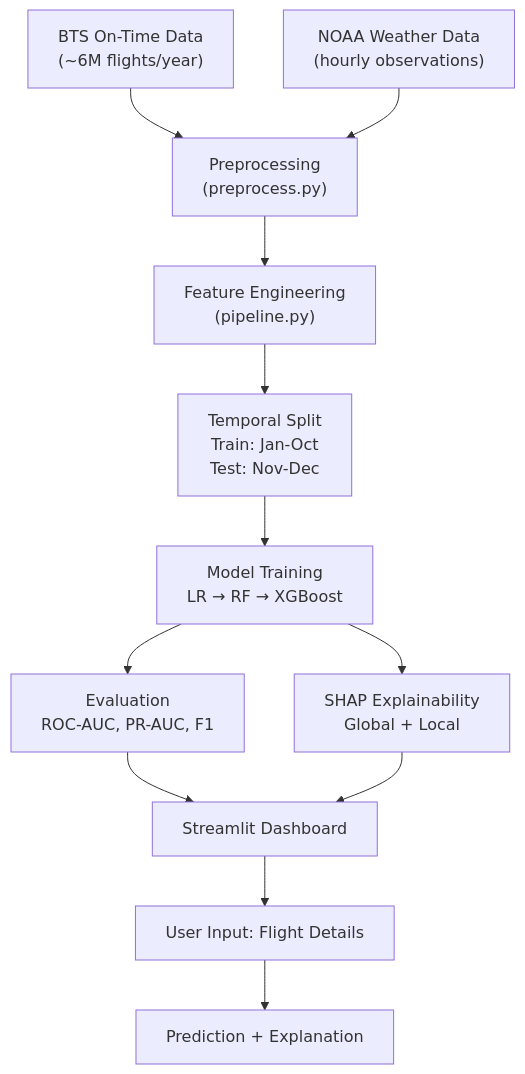
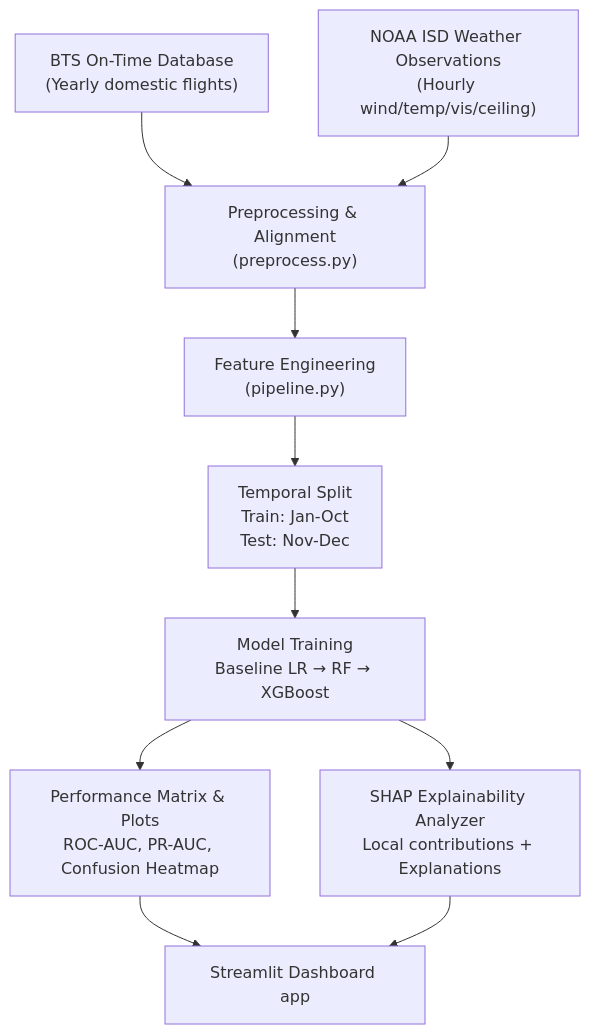
The diagram in README.md (Hajorda/flight-delay-predictor), drawn with Mermaid before and after one commit. The commit also changed other lines of this file, not shown here.

Commit message:
Update README with comprehensive real BTS and NOAA weather data guides

````diff
--- a/README.md
+++ b/README.md
@@ -15,14 +20,12 @@
 ```mermaid
 graph TD
-    A["BTS On-Time Data<br/>(~6M flights/year)"] --> C["Preprocessing<br/>(preprocess.py)"]
-    B["NOAA Weather Data<br/>(hourly observations)"] --> C
+    A["BTS On-Time Database<br/>(Yearly domestic flights)"] --> C["Preprocessing & Alignment<br/>(preprocess.py)"]
+    B["NOAA ISD Weather Observations<br/>(Hourly wind/temp/vis/ceiling)"] --> C
     C --> D["Feature Engineering<br/>(pipeline.py)"]
     D --> E["Temporal Split<br/>Train: Jan-Oct<br/>Test: Nov-Dec"]
-    E --> F["Model Training<br/>LR → RF → XGBoost"]
-    F --> G["Evaluation<br/>ROC-AUC, PR-AUC, F1"]
-    F --> H["SHAP Explainability<br/>Global + Local"]
-    G --> I["Streamlit Dashboard"]
+    E --> F["Model Training<br/>Baseline LR → RF → XGBoost"]
+    F --> G["Performance Matrix & Plots<br/>ROC-AUC, PR-AUC, Confusion Heatmap"]
+    F --> H["SHAP Explainability Analyzer<br/>Local contributions + Explanations"]
+    G --> I["Streamlit Dashboard app"]
     H --> I
-    I --> J["User Input: Flight Details"]
-    J --> K["Prediction + Explanation"]
 ```
````
